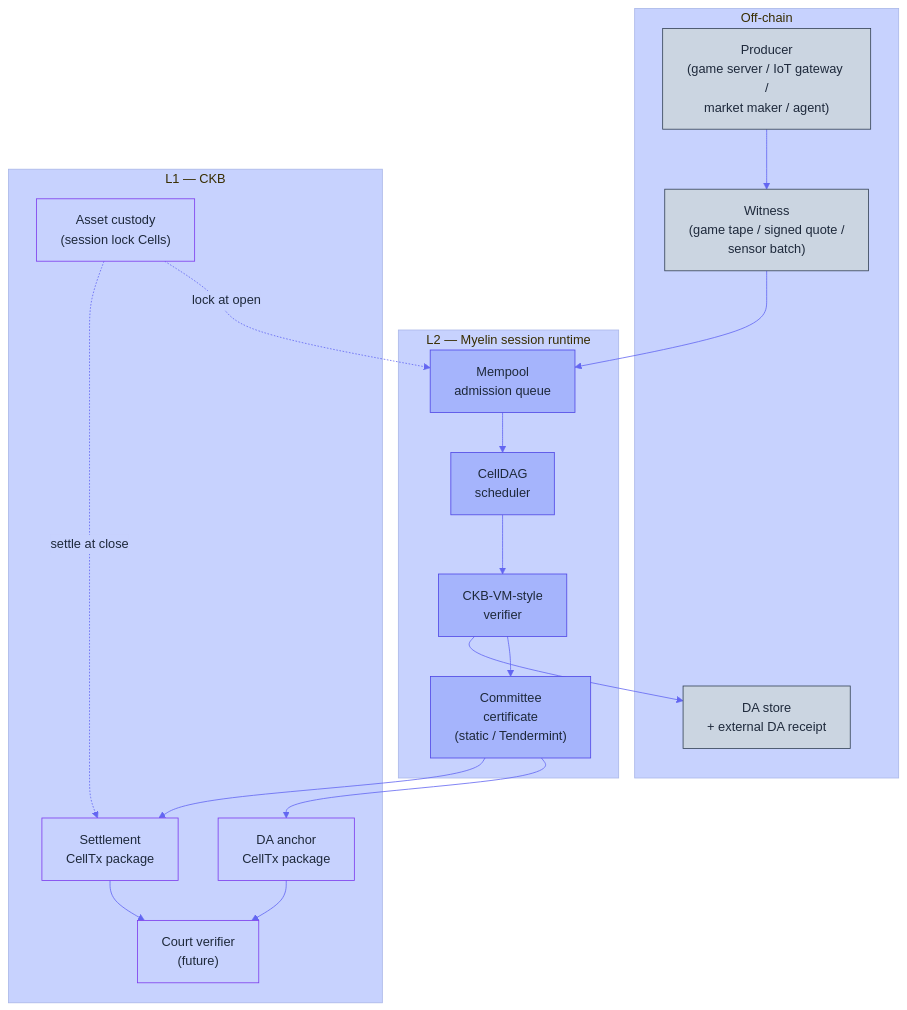
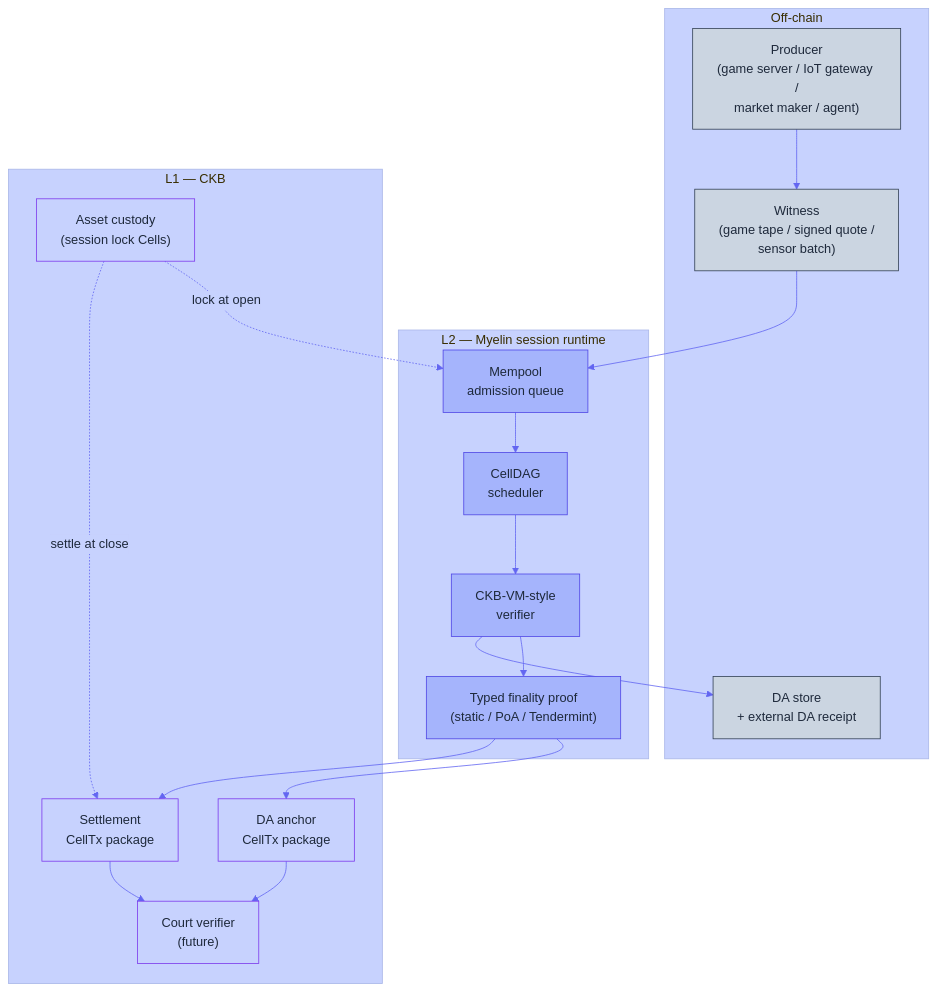
The diagram in docs/interactions/index.md (Myelin-Labs/Myelin), drawn with Mermaid before and after one commit. The commit also changed 19 other files, not shown here.

First line of the commit message:
feat: add pluggable proof-of-authority finality

````diff
--- a/docs/interactions/index.md
+++ b/docs/interactions/index.md
@@ -26,45 +26,45 @@
 ```mermaid
 %%{init: {
   "theme": "base",
   "themeVariables": {
     "primaryColor": "#A5B4FC",
     "primaryTextColor": "#1E293B",
     "primaryBorderColor": "#4F46E5",
     "lineColor": "#6366F1",
     "secondaryColor": "#C7D2FE",
     "tertiaryColor": "#C7D2FE"
   }
 }}%%
 flowchart TB
     subgraph OFF["Off-chain"]
         P["Producer<br/>(game server / IoT gateway /<br/>market maker / agent)"]:::off
         W["Witness<br/>(game tape / signed quote /<br/>sensor batch)"]:::off
         D["DA store<br/>+ external DA receipt"]:::off
     end
     subgraph L2["L2 — Myelin session runtime"]
         M["Mempool<br/>admission queue"]:::l2
         S["CellDAG<br/>scheduler"]:::l2
         V["CKB-VM-style<br/>verifier"]:::l2
-        C["Committee<br/>certificate<br/>(static / Tendermint)"]:::l2
+        C["Typed finality proof<br/>(static / PoA / Tendermint)"]:::l2
     end
     subgraph L1["L1 — CKB"]
         A["Asset custody<br/>(session lock Cells)"]:::l1
         E["DA anchor<br/>CellTx package"]:::l1
         S2["Settlement<br/>CellTx package"]:::l1
         CT["Court verifier<br/>(future)"]:::l1
     end
 
     P --> W --> M
     M --> S --> V --> C
     V --> D
     C --> E
     C --> S2
     A -.->|lock at open| M
     A -.->|settle at close| S2
     E --> CT
     S2 --> CT
 
     classDef off fill:#CBD5E1,stroke:#334155,color:#1E293B;
     classDef l2  fill:#A5B4FC,stroke:#4F46E5,color:#1E293B;
     classDef l1  fill:#C7D2FE,stroke:#7C3AED,color:#1E293B;
 ```
````
